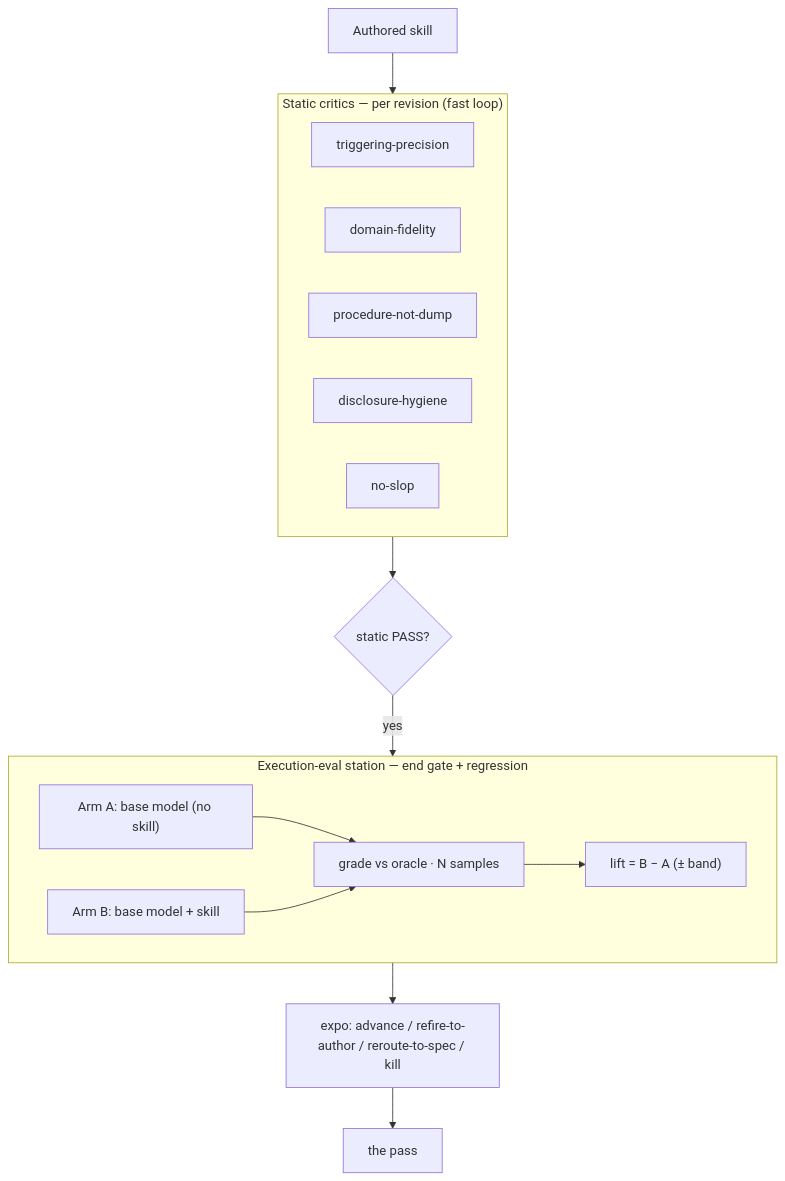
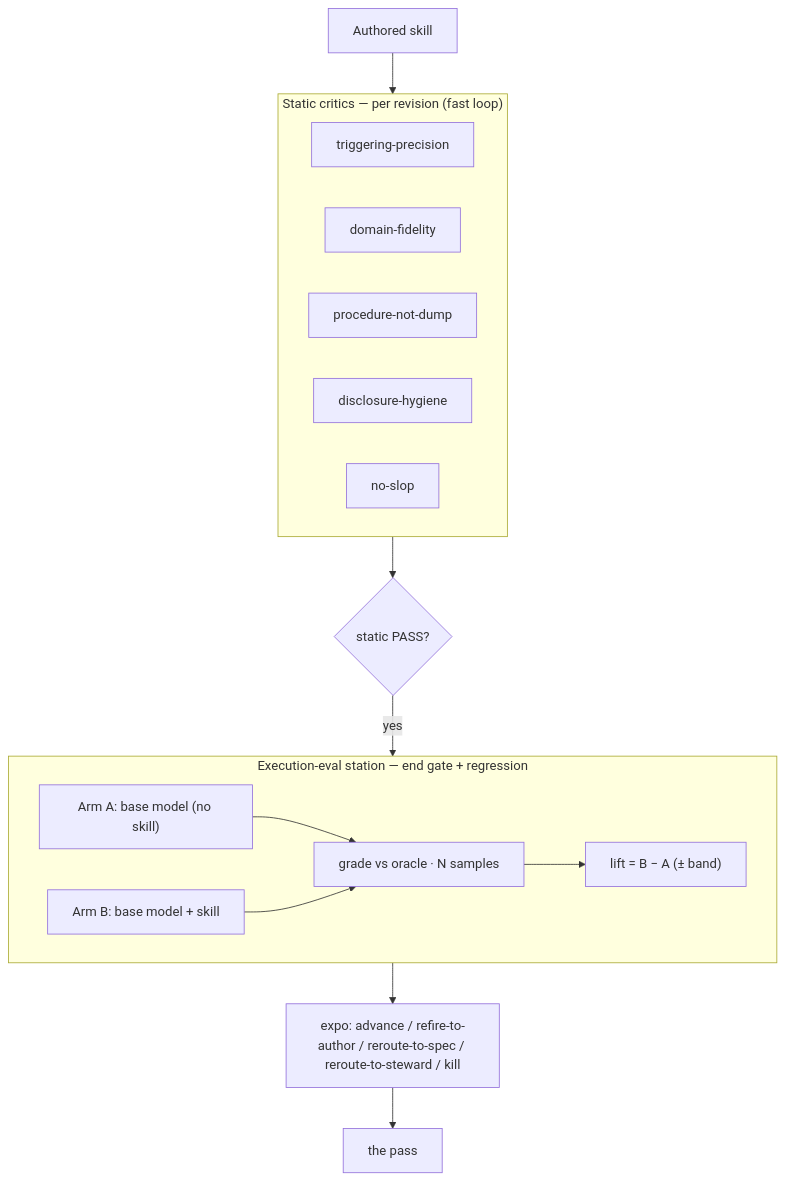
Before and after one commit to RayDataCo/ray-plugins: the third of 3 diagrams in plugins/skill-agent-brigade/README.md, drawn with Mermaid. The commit also changed other lines of this file and 11 other files, not shown here.

````diff
--- a/plugins/skill-agent-brigade/README.md
+++ b/plugins/skill-agent-brigade/README.md
@@ -89,22 +98,22 @@
 ```mermaid
 flowchart TB
   SK["Authored skill"] --> STATIC
   subgraph STATIC["Static critics — per revision (fast loop)"]
     A1["triggering-precision"]
     A2["domain-fidelity"]
     A3["procedure-not-dump"]
     A4["disclosure-hygiene"]
     A5["no-slop"]
   end
   STATIC --> PASS{"static PASS?"}
   PASS -->|yes| EXEC
   subgraph EXEC["Execution-eval station — end gate + regression"]
     E1["Arm A: base model (no skill)"]
     E2["Arm B: base model + skill"]
     E1 --> E3["grade vs oracle · N samples"]
     E2 --> E3
     E3 --> E4["lift = B − A (± band)"]
   end
-  EXEC --> DEC["expo: advance / refire-to-author / reroute-to-spec / kill"]
+  EXEC --> DEC["expo: advance / refire-to-author / reroute-to-spec / reroute-to-steward / kill"]
   DEC --> LOOP["the pass"]
 ```
````
